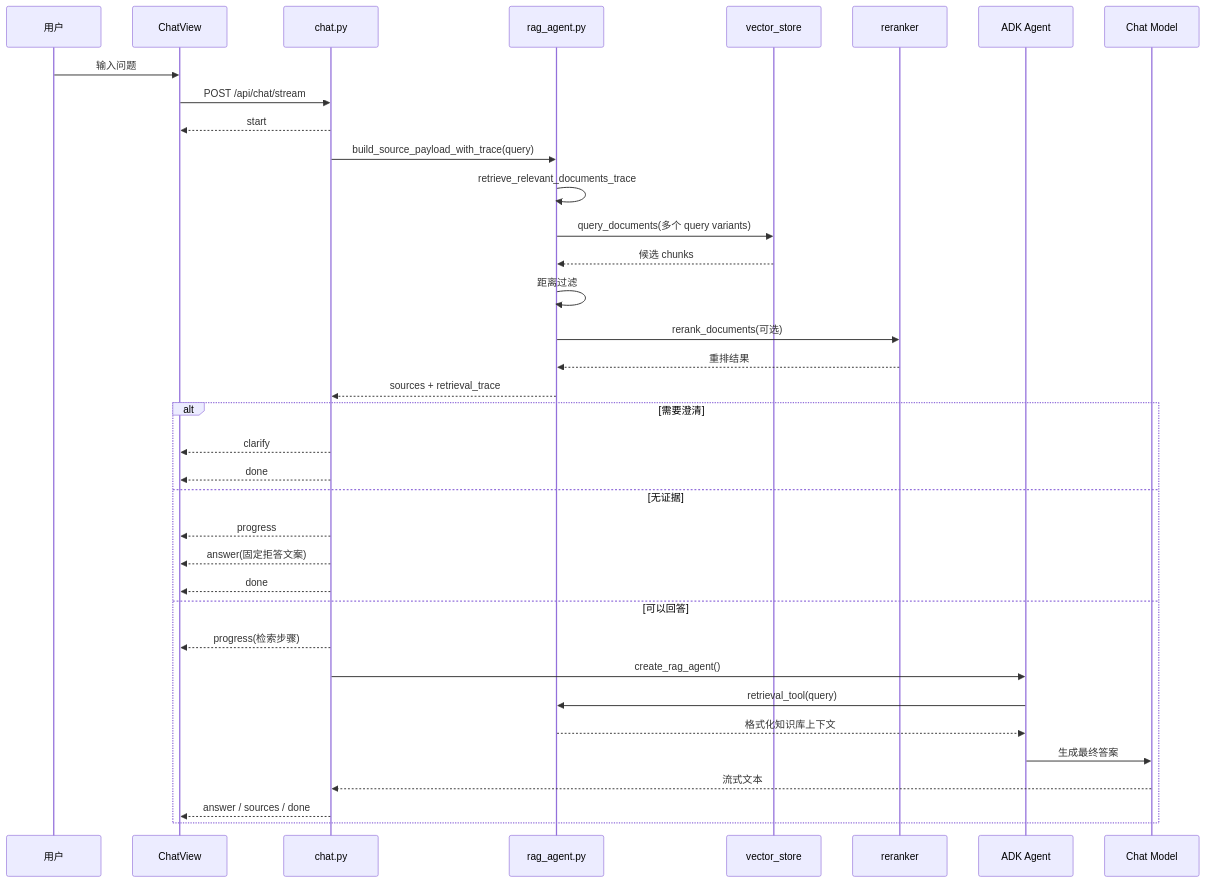
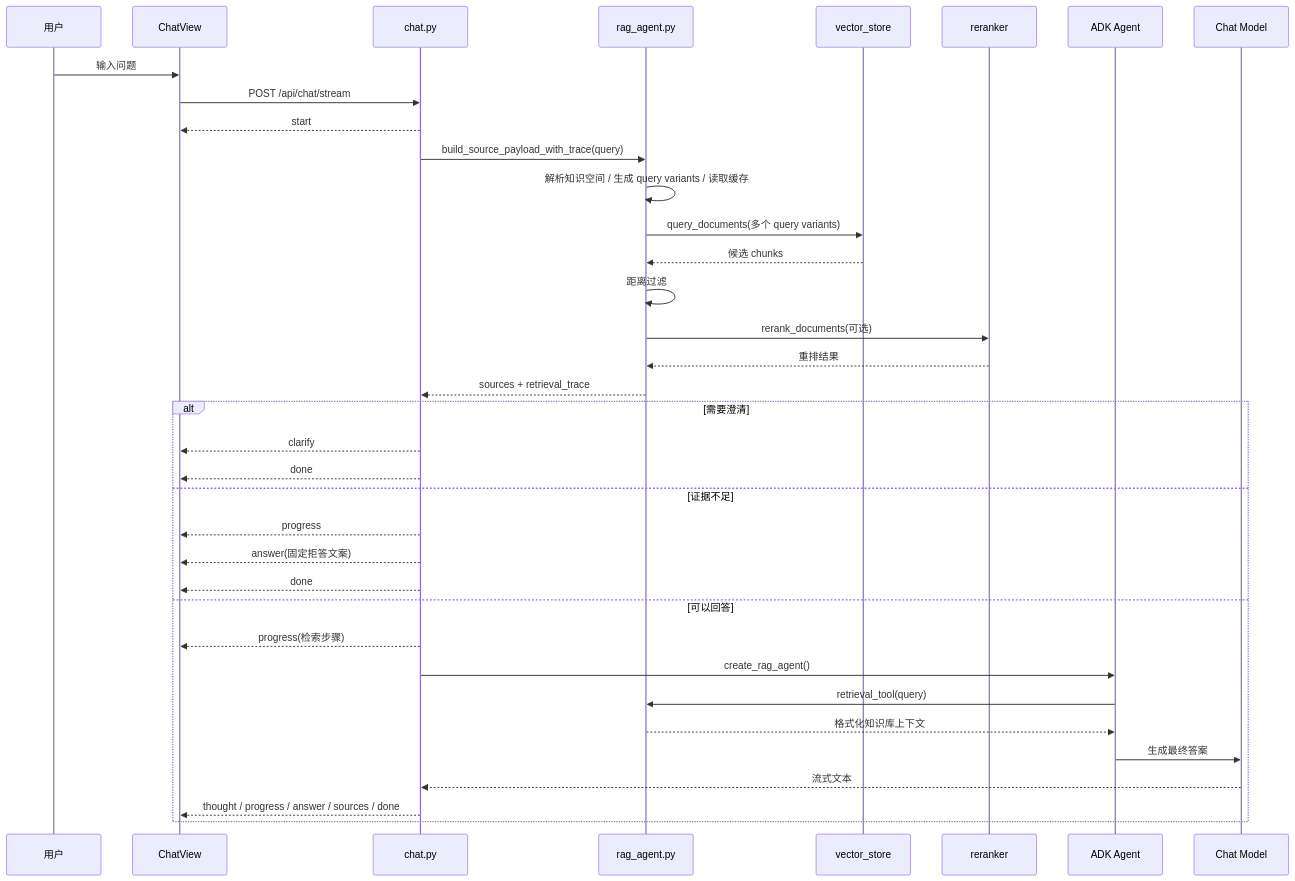
The sixth of 6 diagrams in docs/项目执行流程分析.md (emotion-exit/rag-agent), drawn with Mermaid before and after one commit. The commit also changed other lines of this file and 16 other files, not shown here.

````diff
--- a/docs/项目执行流程分析.md
+++ b/docs/项目执行流程分析.md
@@ -437,41 +527,41 @@
 ```mermaid
 sequenceDiagram
     participant User as 用户
     participant FE as ChatView
     participant API as chat.py
     participant RAG as rag_agent.py
     participant VS as vector_store
     participant RR as reranker
     participant Agent as ADK Agent
     participant LLM as Chat Model
 
     User->>FE: 输入问题
     FE->>API: POST /api/chat/stream
     API-->>FE: start
 
     API->>RAG: build_source_payload_with_trace(query)
-    RAG->>RAG: retrieve_relevant_documents_trace
+    RAG->>RAG: 解析知识空间 / 生成 query variants / 读取缓存
     RAG->>VS: query_documents(多个 query variants)
     VS-->>RAG: 候选 chunks
     RAG->>RAG: 距离过滤
     RAG->>RR: rerank_documents(可选)
     RR-->>RAG: 重排结果
     RAG-->>API: sources + retrieval_trace
 
     alt 需要澄清
         API-->>FE: clarify
         API-->>FE: done
-    else 无证据
+    else 证据不足
         API-->>FE: progress
         API-->>FE: answer(固定拒答文案)
         API-->>FE: done
     else 可以回答
         API-->>FE: progress(检索步骤)
         API->>Agent: create_rag_agent()
         Agent->>RAG: retrieval_tool(query)
         RAG-->>Agent: 格式化知识库上下文
         Agent->>LLM: 生成最终答案
         LLM-->>API: 流式文本
-        API-->>FE: answer / sources / done
+        API-->>FE: thought / progress / answer / sources / done
     end
 ```
````
